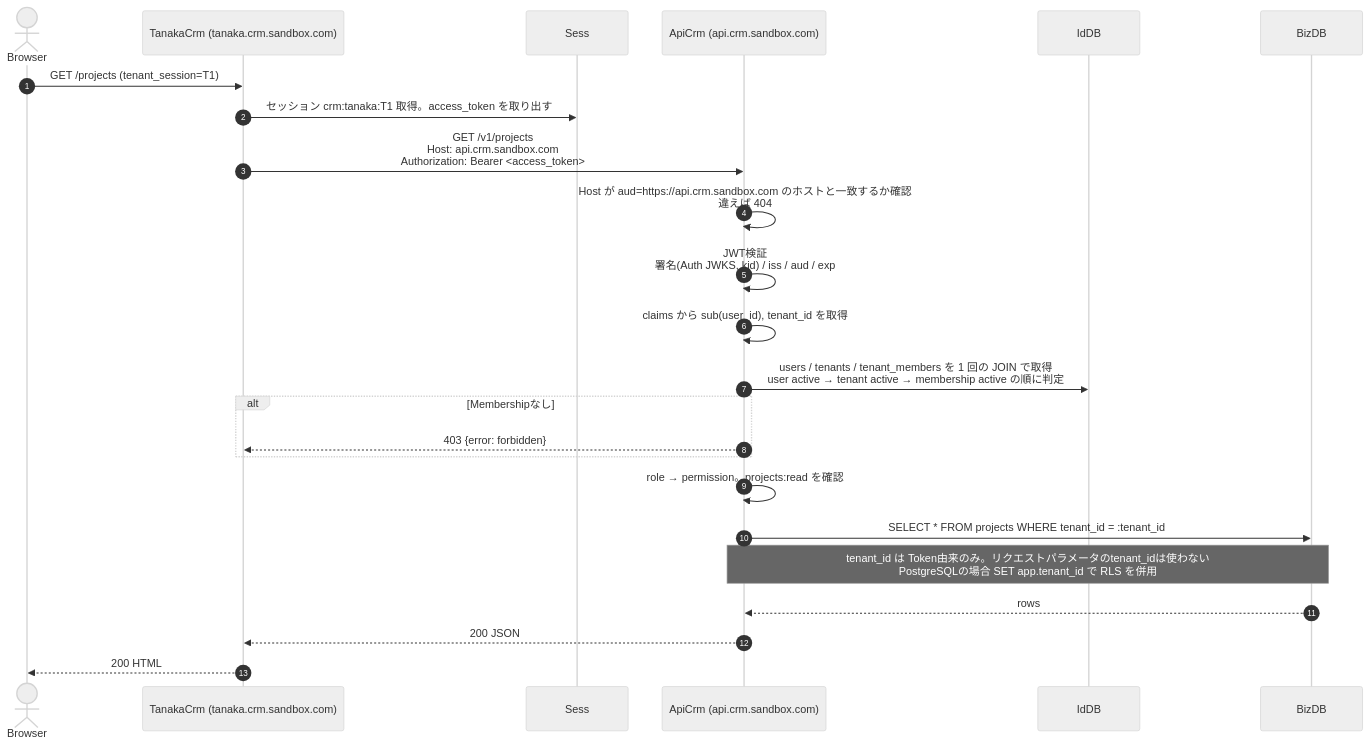
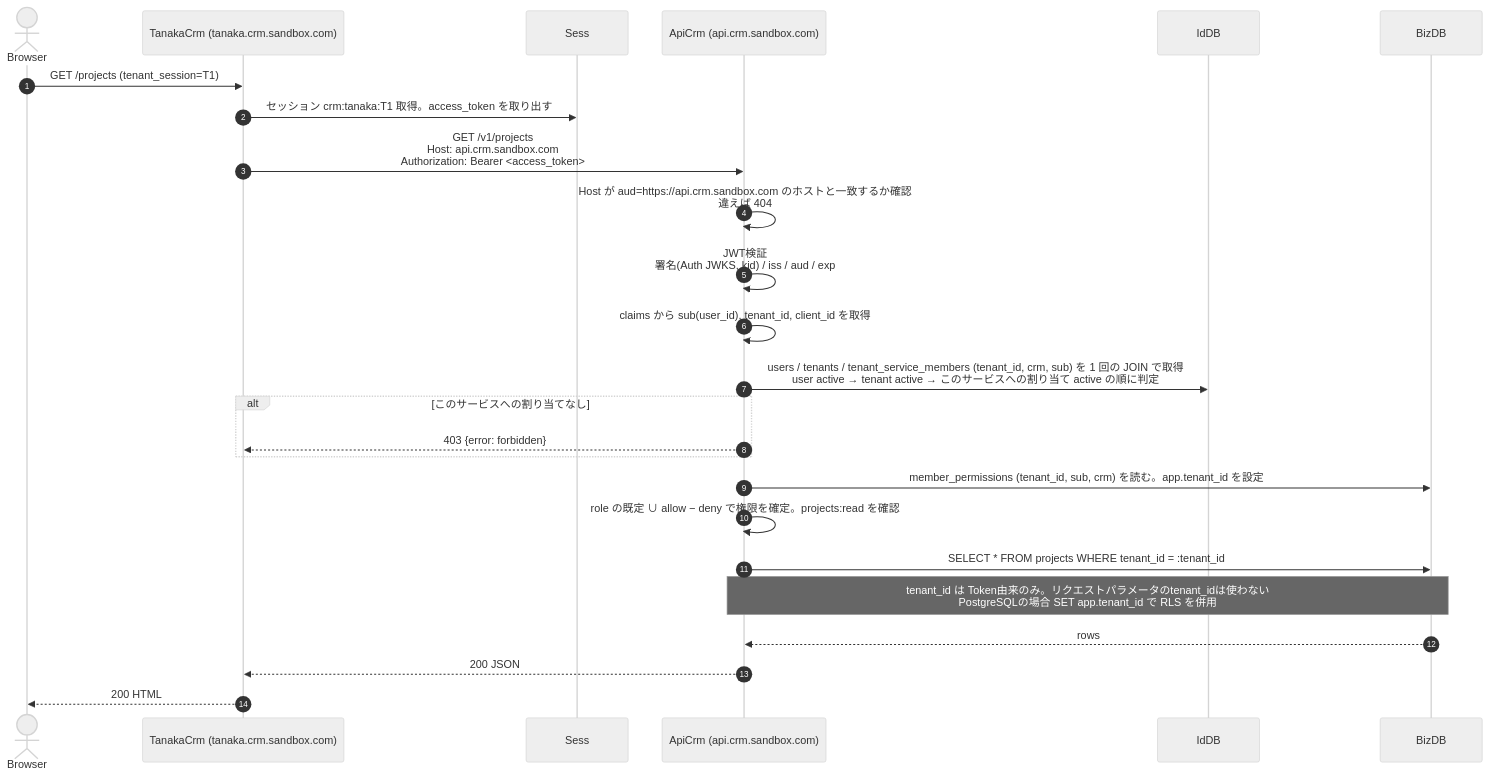
Before and after one commit to daisuke-tanabe/multi-domain-sandbox: the eighth of 15 diagrams in docs/design/02-auth-sequences.md, drawn with Mermaid (neutral theme). The commit also changed other lines of this file and 48 other files, not shown here.

````diff
--- a/docs/design/02-auth-sequences.md
+++ b/docs/design/02-auth-sequences.md
@@ -324,27 +325,28 @@
 ```mermaid
 sequenceDiagram
     autonumber
     actor Browser
     participant TanakaCrm as TanakaCrm (tanaka.crm.sandbox.com)
     participant Sess
     participant ApiCrm as ApiCrm (api.crm.sandbox.com)
     participant IdDB
     participant BizDB
 
     Browser->>TanakaCrm: GET /projects (tenant_session=T1)
     TanakaCrm->>Sess: セッション crm:tanaka:T1 取得。access_token を取り出す
     TanakaCrm->>ApiCrm: GET /v1/projects<br/>Host: api.crm.sandbox.com<br/>Authorization: Bearer <access_token>
     ApiCrm->>ApiCrm: Host が aud=https://api.crm.sandbox.com のホストと一致するか確認<br/>違えば 404
     ApiCrm->>ApiCrm: JWT検証<br/>署名(Auth JWKS, kid) / iss / aud / exp
-    ApiCrm->>ApiCrm: claims から sub(user_id), tenant_id を取得
-    ApiCrm->>IdDB: users / tenants / tenant_members を 1 回の JOIN で取得<br/>user active → tenant active → membership active の順に判定
-    alt Membershipなし
+    ApiCrm->>ApiCrm: claims から sub(user_id), tenant_id, client_id を取得
+    ApiCrm->>IdDB: users / tenants / tenant_service_members (tenant_id, crm, sub) を 1 回の JOIN で取得<br/>user active → tenant active → このサービスへの割り当て active の順に判定
+    alt このサービスへの割り当てなし
         ApiCrm-->>TanakaCrm: 403 {error: forbidden}
     end
-    ApiCrm->>ApiCrm: role → permission。projects:read を確認
+    ApiCrm->>BizDB: member_permissions (tenant_id, sub, crm) を読む。app.tenant_id を設定
+    ApiCrm->>ApiCrm: role の既定 ∪ allow − deny で権限を確定。projects:read を確認
     ApiCrm->>BizDB: SELECT * FROM projects WHERE tenant_id = :tenant_id
     Note over ApiCrm,BizDB: tenant_id は Token由来のみ。リクエストパラメータのtenant_idは使わない<br/>PostgreSQLの場合 SET app.tenant_id で RLS を併用
     BizDB-->>ApiCrm: rows
     ApiCrm-->>TanakaCrm: 200 JSON
     TanakaCrm-->>Browser: 200 HTML
 ```
````
